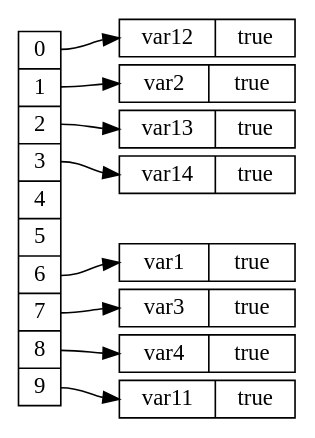
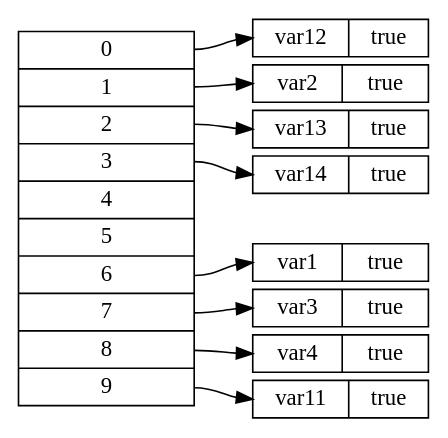
Before and after one commit to ScandalAnimal/bachelor_thesis: the diagram in code/test5.gv, drawn with Graphviz. The commit also changed 11 other files, not shown here.

Commit message:
add graph for bundle, refactor to another file 1/2

```diff
--- a/code/test5.gv
+++ b/code/test5.gv
@@ -1,24 +1,24 @@
-digraph G { 
+digraph G {
 nodesep=.05;
 rankdir=LR;
-node [shape=record,width=.3,height=.1];
+node [shape=record,width=.1,height=.1];
+node [width = 1.5];
 node0 [label = "<f0> 0 | <f1> 1 | <f2> 2 | <f3> 3 | <f4> 4 | <f5> 5 | <f6> 6 | <f7> 7 | <f8> 8 | <f9> 9",height=2.5];
-node [width = 1.5];
 node1[label = "{ <n> var12 | true}"];
 node0:f0 -> node1:n;
 node2[label = "{ <n> var2 | true}"];
 node0:f1 -> node2:n;
 node3[label = "{ <n> var13 | true}"];
 node0:f2 -> node3:n;
 node4[label = "{ <n> var14 | true}"];
 node0:f3 -> node4:n;
 node5[label = "{ <n> var1 | true}"];
 node0:f6 -> node5:n;
 node6[label = "{ <n> var3 | true}"];
 node0:f7 -> node6:n;
 node7[label = "{ <n> var4 | true}"];
 node0:f8 -> node7:n;
 node8[label = "{ <n> var11 | true}"];
 node0:f9 -> node8:n;
 
 }
```
